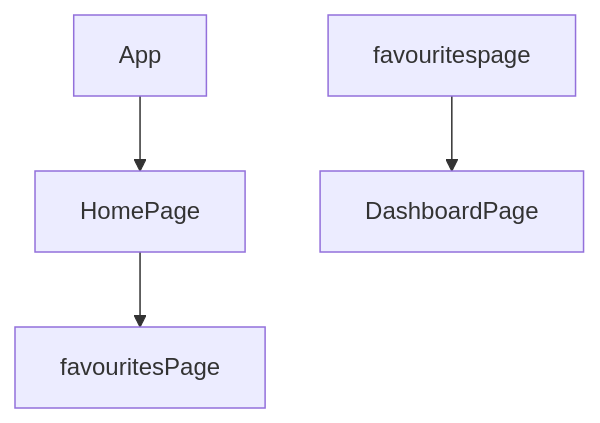
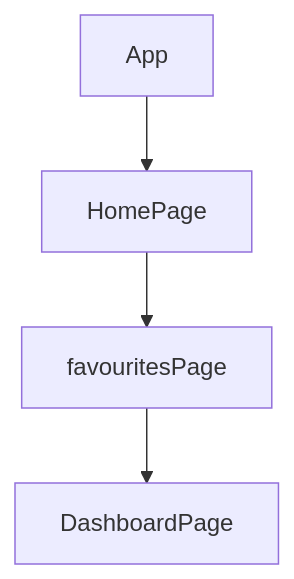
One commit to shikhu51197/Betalatics-assign changed the diagram in README.md. Above: the diagram before and after it, drawn with Mermaid.

````diff
--- a/README.md
+++ b/README.md
@@ -95,8 +95,8 @@
 ```mermaid
 graph TD;
  App-->HomePage
 HomePage-->favouritesPage
-favouritespage--> DashboardPage
+favouritesPage--> DashboardPage
 
 
 ```
````
